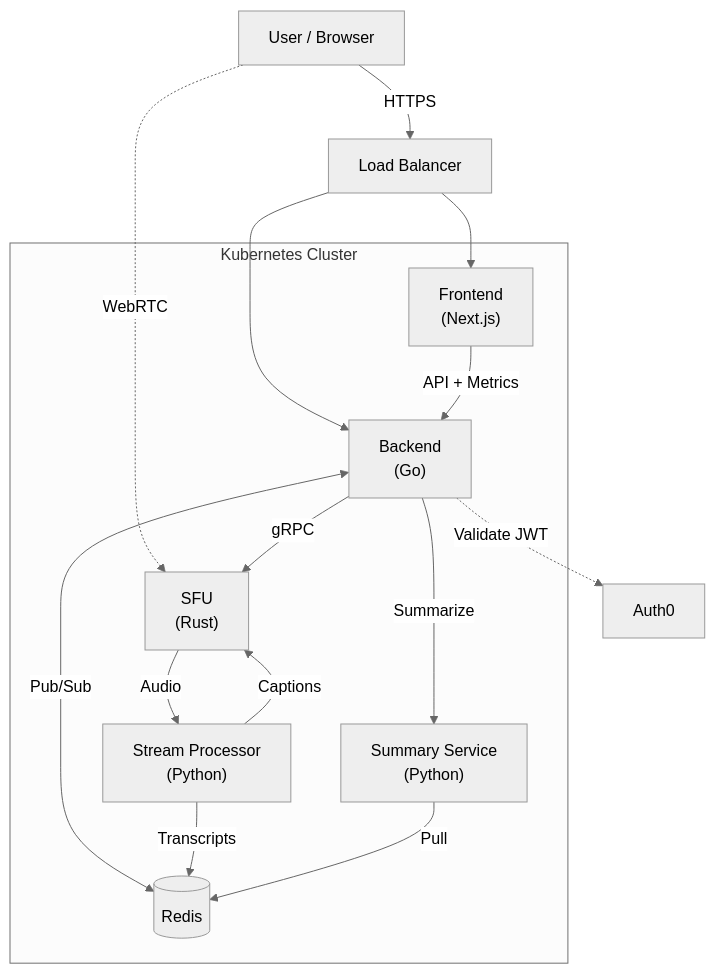
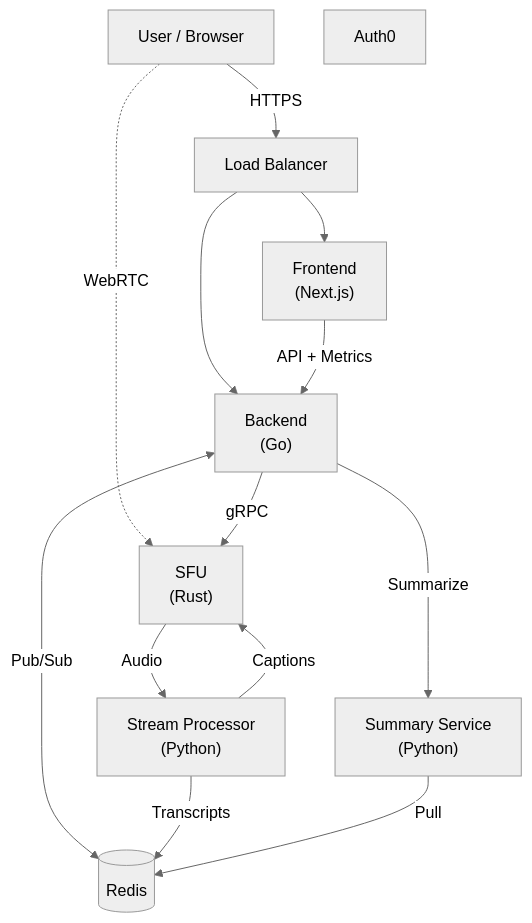
The diagram in README.md (RoseWrightdev/Video-Conferencing), drawn with Mermaid (neutral theme) before and after one commit.

Commit message:
docs: remove Kubernetes subgraph and JWT validation link from architecture diagram in README.

````diff
--- a/README.md
+++ b/README.md
@@ -13,30 +13,27 @@
 ```mermaid
 graph TD
     User["User / Browser"]
     Auth0["Auth0"]
     LB["Load Balancer"]
     
-    subgraph "Kubernetes Cluster"
-        FE["Frontend<br/>(Next.js)"]
-        BE["Backend<br/>(Go)"]
-        SFU["SFU<br/>(Rust)"]
-        CC["Stream Processor<br/>(Python)"]
-        Sum["Summary Service<br/>(Python)"]
-        Redis[("Redis")]
-    end
+    FE["Frontend<br/>(Next.js)"]
+    BE["Backend<br/>(Go)"]
+    SFU["SFU<br/>(Rust)"]
+    CC["Stream Processor<br/>(Python)"]
+    Sum["Summary Service<br/>(Python)"]
+    Redis[("Redis")]
 
     User -->|HTTPS| LB
     User -.->|WebRTC| SFU
     LB --> FE
     LB --> BE
     
-    BE -.->|Validate JWT| Auth0
     FE -->|API + Metrics| BE
     BE -->|gRPC| SFU
     BE <-->|Pub/Sub| Redis
     SFU -->|Audio| CC
     CC -->|Captions| SFU
     CC -->|Transcripts| Redis
     BE -->|Summarize| Sum
     Sum -->|Pull| Redis
 ```
````
